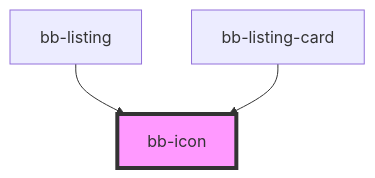
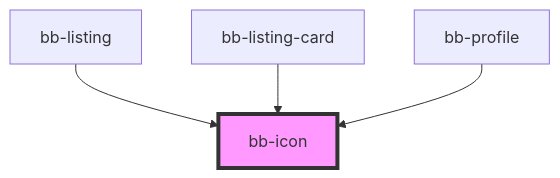
One commit to BoaterBase/bb-components changed the diagram in src/components/icon/readme.md. Above: the diagram before and after it, drawn with Mermaid. The commit also changed other lines of this file and 21 other files, not shown here.

````diff
--- a/src/components/icon/readme.md
+++ b/src/components/icon/readme.md
@@ -25,6 +26,7 @@
 ```mermaid
 graph TD;
   bb-listing --> bb-icon
   bb-listing-card --> bb-icon
+  bb-profile --> bb-icon
   style bb-icon fill:#f9f,stroke:#333,stroke-width:4px
 ```
````
